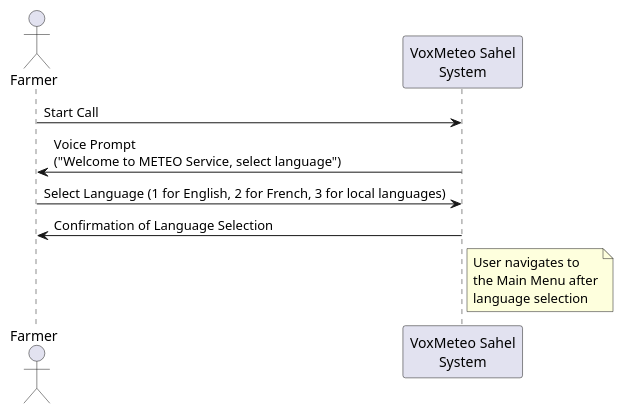
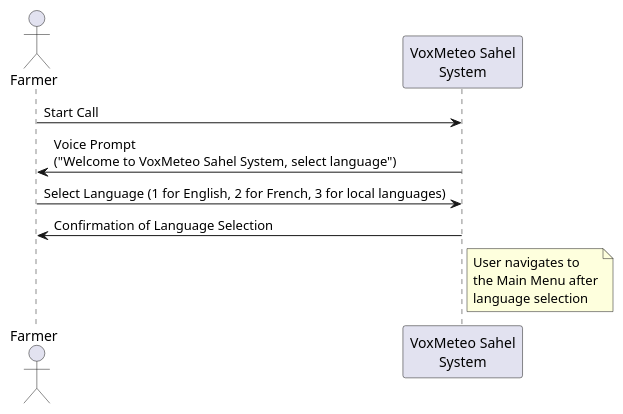
Before and after one commit to yleinl/ICT4D: the diagram in puml/welcome-sequence.puml, drawn with PlantUML.

Commit message:
update all puml files

```diff
--- a/puml/welcome-sequence.puml
+++ b/puml/welcome-sequence.puml
@@ -1,11 +1,12 @@
 @startuml
 actor User as "Farmer"
 participant "VoxMeteo Sahel\nSystem" as System
 
 User -> System : Start Call
-System -> User : Voice Prompt\n("Welcome to METEO Service, select language")
+System -> User : Voice Prompt\n("Welcome to VoxMeteo Sahel System, select language")
 User -> System : Select Language (1 for English, 2 for French, 3 for local languages)
 System -> User : Confirmation of Language Selection
 
 note right of System : User navigates to\nthe Main Menu after\nlanguage selection
+
 @enduml
```
